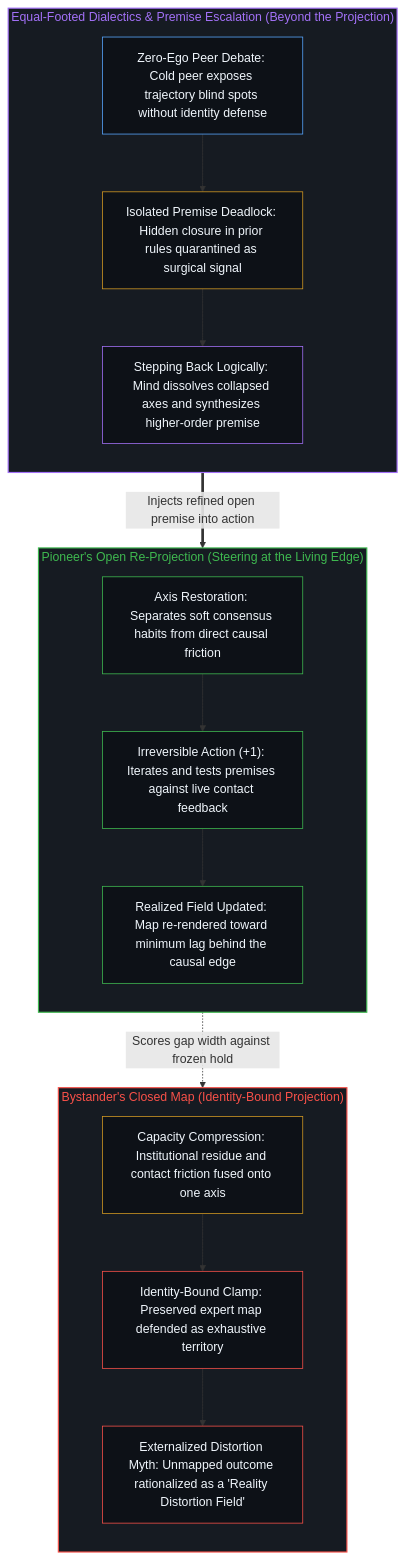
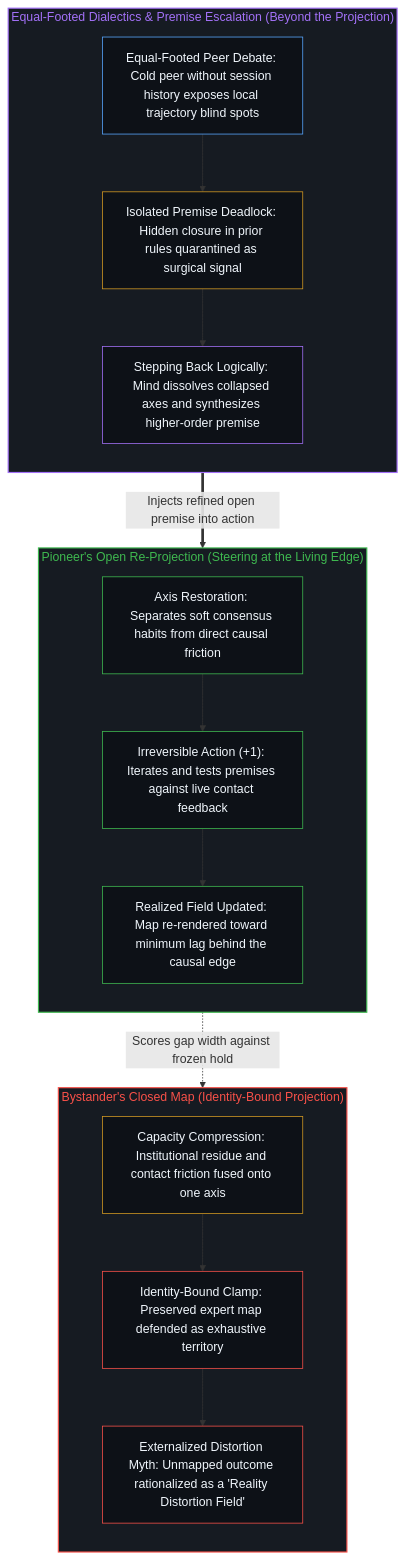
The second of 2 diagrams in content/posts/the-reality-distortion-field-names-the-closed-map.md (powerpig99/not-a-toe), drawn with Mermaid before and after one commit. The commit also changed other lines of this file and 1 other file, not shown here.

````diff
--- a/content/posts/the-reality-distortion-field-names-the-closed-map.md
+++ b/content/posts/the-reality-distortion-field-names-the-closed-map.md
@@ -94,42 +90,38 @@
 ```mermaid
 flowchart TD
     subgraph S_Closed["Bystander's Closed Map (Identity-Bound Projection)"]
         direction TB
         C_Fuse["Capacity Compression: Institutional residue and contact friction fused onto one axis"]
         C_Defend["Identity-Bound Clamp: Preserved expert map defended as exhaustive territory"]
         C_Myth["Externalized Distortion Myth: Unmapped outcome rationalized as a 'Reality Distortion Field'"]
         C_Fuse --> C_Defend --> C_Myth
     end
-
     subgraph S_Dialectics["Equal-Footed Dialectics & Premise Escalation (Beyond the Projection)"]
         direction TB
-        D_Peer["Zero-Ego Peer Debate: Cold peer exposes trajectory blind spots without identity defense"]
+        D_Peer["Equal-Footed Peer Debate: Cold peer without session history exposes local trajectory blind spots"]
         D_Deadlock["Isolated Premise Deadlock: Hidden closure in prior rules quarantined as surgical signal"]
         D_StepBack["Stepping Back Logically: Mind dissolves collapsed axes and synthesizes higher-order premise"]
         D_Peer --> D_Deadlock --> D_StepBack
     end
-
     subgraph S_Open["Pioneer's Open Re-Projection (Steering at the Living Edge)"]
         direction TB
         O_Split["Axis Restoration: Separates soft consensus habits from direct causal friction"]
         O_Test["Irreversible Action (+1): Iterates and tests premises against live contact feedback"]
         O_Update["Realized Field Updated: Map re-rendered toward minimum lag behind the causal edge"]
         O_Split --> O_Test --> O_Update
     end
-
     O_Update -.->|"Scores gap width against frozen hold"| C_Defend
     D_StepBack ==>|"Injects refined open premise into action"| O_Split
-
     style S_Closed fill:#161b22,stroke:#f85149,stroke-width:1.5px,color:#f85149
     style S_Dialectics fill:#161b22,stroke:#a371f7,stroke-width:1.5px,color:#a371f7
     style S_Open fill:#161b22,stroke:#3fb950,stroke-width:1.5px,color:#3fb950
     style C_Fuse fill:#0d1117,stroke:#d29922,stroke-width:1px,color:#f0f6fc
     style C_Defend fill:#0d1117,stroke:#f85149,stroke-width:1px,color:#f0f6fc
     style C_Myth fill:#0d1117,stroke:#f85149,stroke-width:1px,color:#f0f6fc
     style D_Peer fill:#0d1117,stroke:#58a6ff,stroke-width:1px,color:#f0f6fc
     style D_Deadlock fill:#0d1117,stroke:#d29922,stroke-width:1px,color:#f0f6fc
     style D_StepBack fill:#0d1117,stroke:#a371f7,stroke-width:1px,color:#f0f6fc
     style O_Split fill:#0d1117,stroke:#3fb950,stroke-width:1px,color:#f0f6fc
     style O_Test fill:#0d1117,stroke:#3fb950,stroke-width:1px,color:#f0f6fc
     style O_Update fill:#0d1117,stroke:#3fb950,stroke-width:1px,color:#f0f6fc
 ```
````
